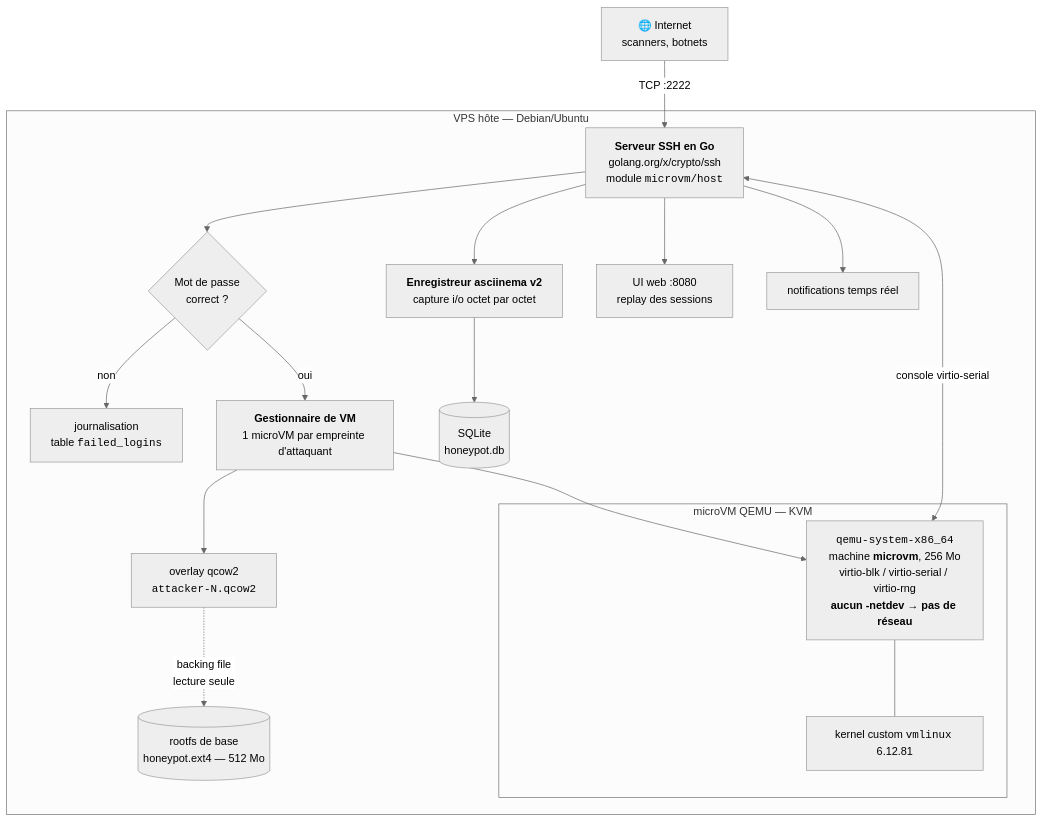
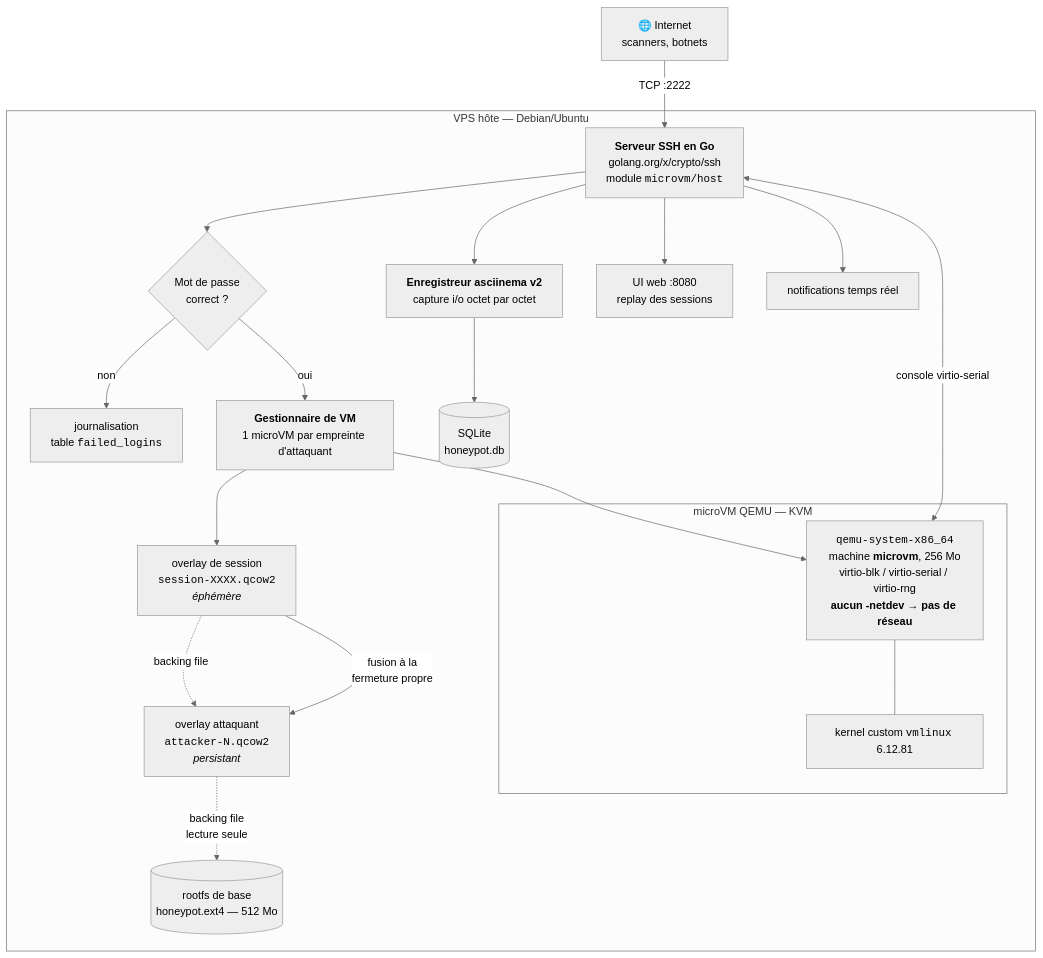
The first of 9 diagrams in writeup-fr.md (Vr00mm/honeypot-writeup), drawn with Mermaid (neutral theme) before and after one commit. The commit also changed other lines of this file and 1 other file, not shown here.

````diff
--- a/writeup-fr.md
+++ b/writeup-fr.md
@@ -35,28 +35,30 @@
 ```mermaid
 flowchart TB
     NET["🌐 Internet<br/>scanners, botnets"] -->|"TCP :2222"| GO
 
     subgraph HOST["VPS hôte — Debian/Ubuntu"]
         GO["<b>Serveur SSH en Go</b><br/>golang.org/x/crypto/ssh<br/>module <code>microvm/host</code>"]
         GO --> AUTH{"Mot de passe<br/>correct ?"}
         AUTH -->|non| LOG1["journalisation<br/>table <code>failed_logins</code>"]
         AUTH -->|oui| POOL["<b>Gestionnaire de VM</b><br/>1 microVM par empreinte d'attaquant"]
 
-        POOL --> OVL["overlay qcow2<br/><code>attacker-N.qcow2</code>"]
+        POOL --> SOVL["overlay de session<br/><code>session-XXXX.qcow2</code><br/><i>éphémère</i>"]
+        SOVL -.->|backing file| OVL["overlay attaquant<br/><code>attacker-N.qcow2</code><br/><i>persistant</i>"]
+        SOVL -->|"fusion à la<br/>fermeture propre"| OVL
         OVL -.->|backing file<br/>lecture seule| BASE[("rootfs de base<br/>honeypot.ext4 — 512 Mo")]
 
         POOL --> QEMU
 
         subgraph VM["microVM QEMU — KVM"]
             QEMU["<code>qemu-system-x86_64</code><br/>machine <b>microvm</b>, 256 Mo<br/>virtio-blk / virtio-serial / virtio-rng<br/><b>aucun -netdev → pas de réseau</b>"]
             KERN["kernel custom <code>vmlinux</code> 6.12.81"]
             QEMU --- KERN
         end
 
         QEMU <-->|"console virtio-serial"| GO
         GO --> REC["<b>Enregistreur asciinema v2</b><br/>capture i/o octet par octet"]
         REC --> DB[("SQLite<br/>honeypot.db")]
         GO --> WEB["UI web :8080<br/>replay des sessions"]
         GO --> HOOK["notifications temps réel"]
     end
 ```
````
